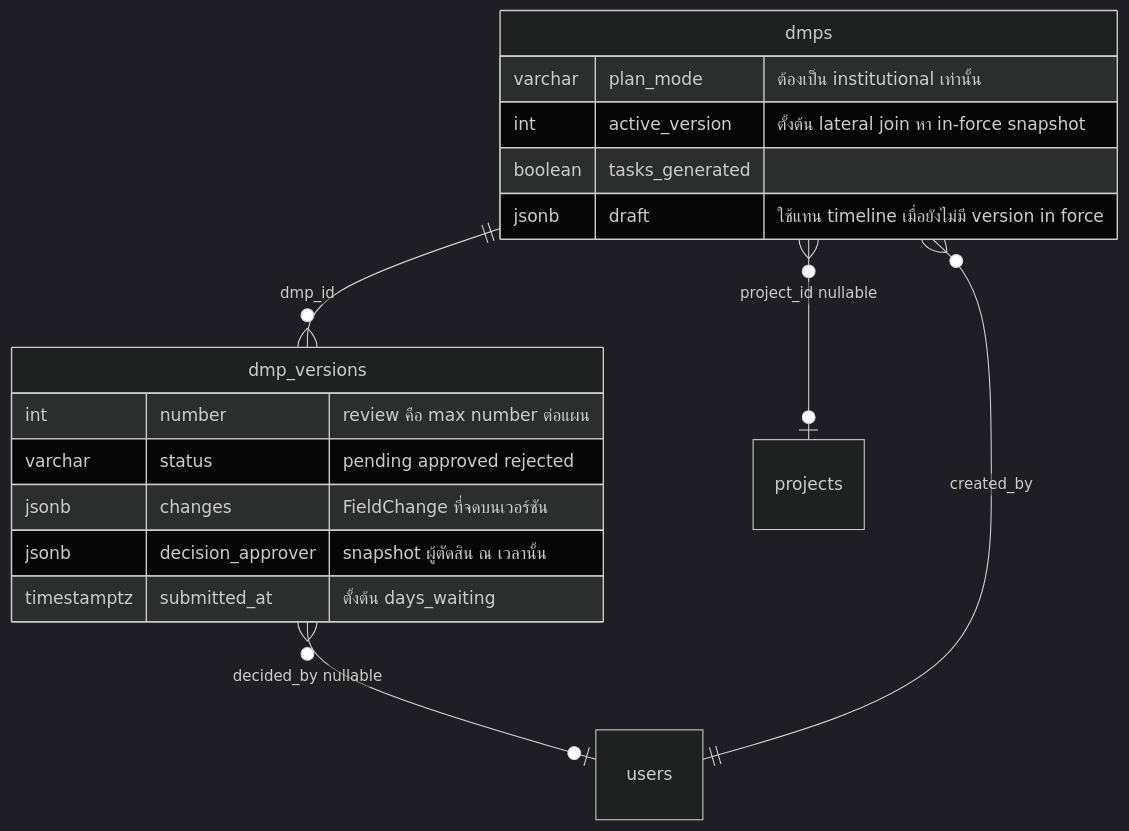
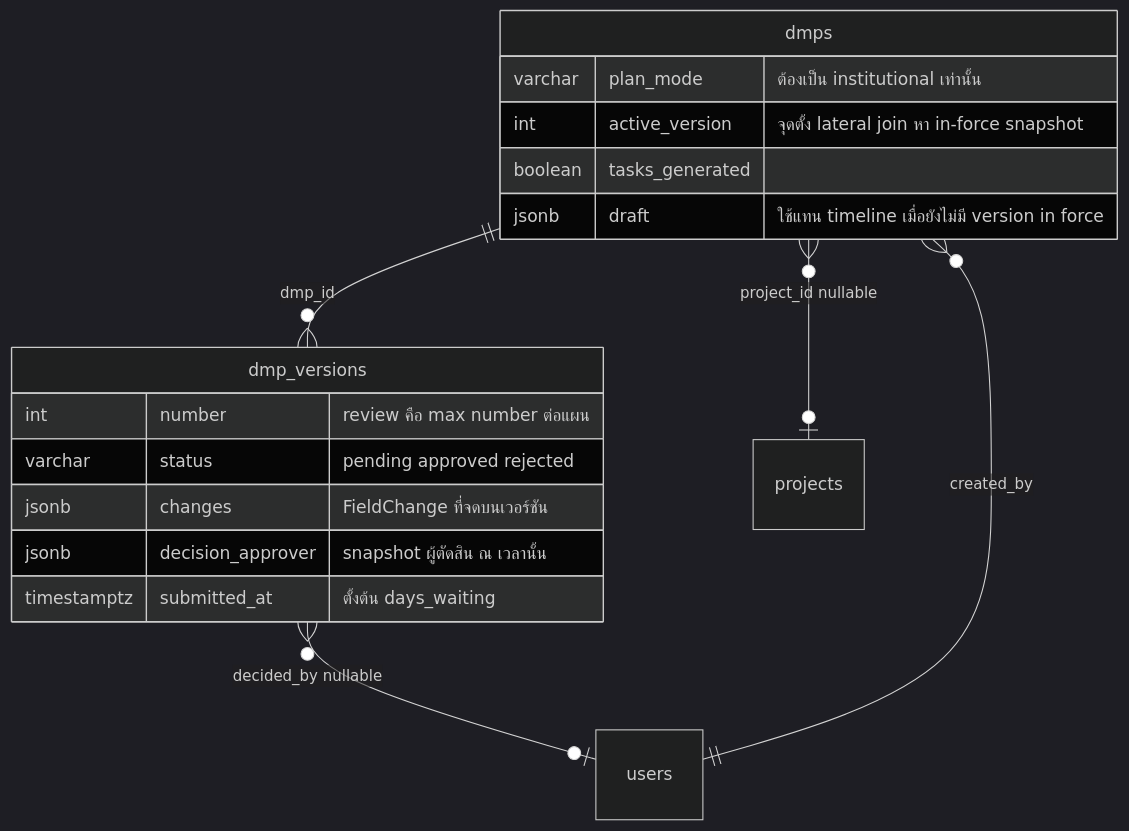
The third of 3 diagrams in src/features/reviews/README.md (Open-Science-and-Data-management/Backend), drawn with Mermaid (dark theme) before and after one commit. The commit also changed other lines of this file and 20 other files, not shown here.

````diff
--- a/src/features/reviews/README.md
+++ b/src/features/reviews/README.md
@@ -144,20 +228,20 @@
 ```mermaid
 erDiagram
     dmps ||--o{ dmp_versions : "dmp_id"
     users ||--o{ dmps : "created_by"
     dmps }o--o| projects : "project_id nullable"
     dmp_versions }o--o| users : "decided_by nullable"
     dmps {
         varchar plan_mode "ต้องเป็น institutional เท่านั้น"
-        int active_version "ตั้งต้น lateral join หา in-force snapshot"
+        int active_version "จุดตั้ง lateral join หา in-force snapshot"
         boolean tasks_generated
         jsonb draft "ใช้แทน timeline เมื่อยังไม่มี version in force"
     }
     dmp_versions {
         int number "review คือ max number ต่อแผน"
         varchar status "pending approved rejected"
         jsonb changes "FieldChange ที่จดบนเวอร์ชัน"
         jsonb decision_approver "snapshot ผู้ตัดสิน ณ เวลานั้น"
         timestamptz submitted_at "ตั้งต้น days_waiting"
     }
 ```
````
